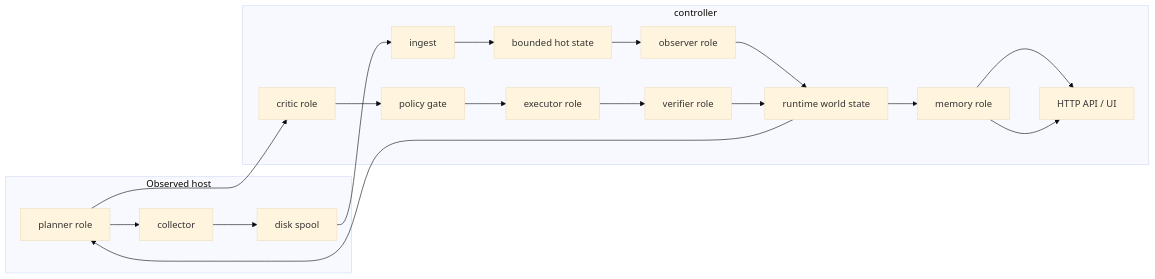
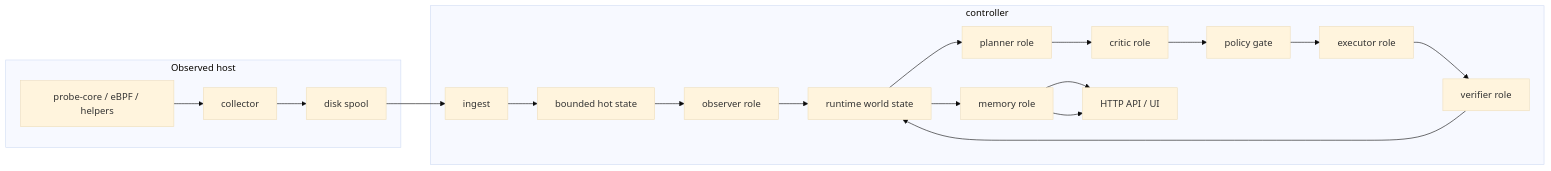
The diagram in README.md (jfang2048/ai_sre_agent_pub), drawn with Mermaid (base theme) before and after one commit. The commit also changed other lines of this file and 9 other files, not shown here.

````diff
--- a/README.md
+++ b/README.md
@@ -108,29 +139,29 @@
 ```mermaid
 flowchart LR
     subgraph Host[Observed host]
-      P[probe-core / eBPF / helpers]
+      Probe[probe-core / eBPF / helpers]
       C[collector]
       S[disk spool]
-      P --> C --> S
+      Probe --> C --> S
     end
 
     subgraph Controller[controller]
       I[ingest]
       H[bounded hot state]
       O[observer role]
       W[runtime world state]
-      P[planner role]
+      Planner[planner role]
       C2[critic role]
       G[policy gate]
       X[executor role]
       V[verifier role]
       M[memory role]
       U[HTTP API / UI]
 
-      I --> H --> O --> W --> P --> C2 --> G --> X --> V --> W
+      I --> H --> O --> W --> Planner --> C2 --> G --> X --> V --> W
       W --> M --> U
       M --> U
     end
 
     S --> I
 ```
````
